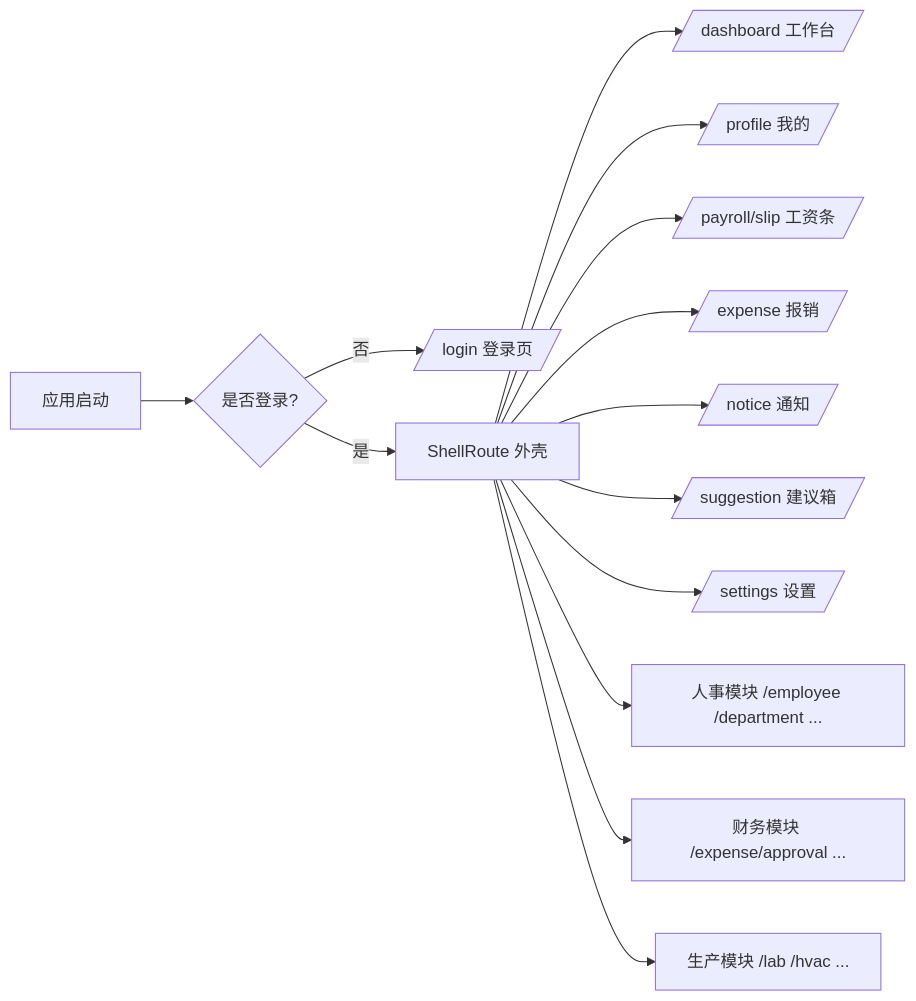
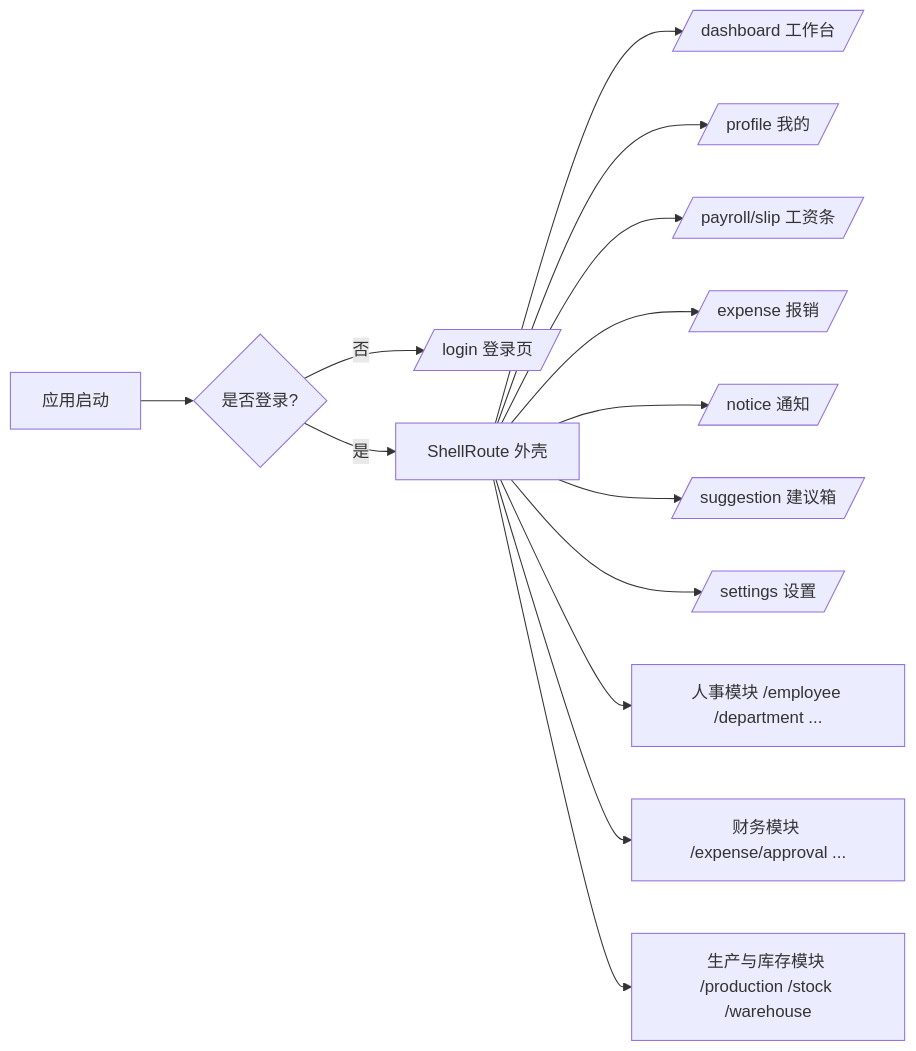
The diagram in docs/05-架构/路由设计.md (BruceChu0424/utenelec_imp), drawn with Mermaid before and after one commit. The commit also changed other lines of this file and 506 other files, not shown here.

````diff
--- a/docs/05-架构/路由设计.md
+++ b/docs/05-架构/路由设计.md
@@ -30,16 +30,16 @@
 ```mermaid
 flowchart LR
     A[应用启动] --> B{是否登录?}
     B -->|否| L[/login 登录页/]
     B -->|是| S[ShellRoute 外壳]
     S --> D[/dashboard 工作台/]
     S --> P[/profile 我的/]
     S --> PA[/payroll/slip 工资条/]
     S --> E[/expense 报销/]
     S --> N[/notice 通知/]
     S --> SU[/suggestion 建议箱/]
     S --> SET[/settings 设置/]
     S --> HR[人事模块 /employee /department ...]
     S --> FIN[财务模块 /expense/approval ...]
-    S --> PROD[生产模块 /lab /hvac ...]
+    S --> PROD[生产与库存模块 /production /stock /warehouse]
 ```
````
